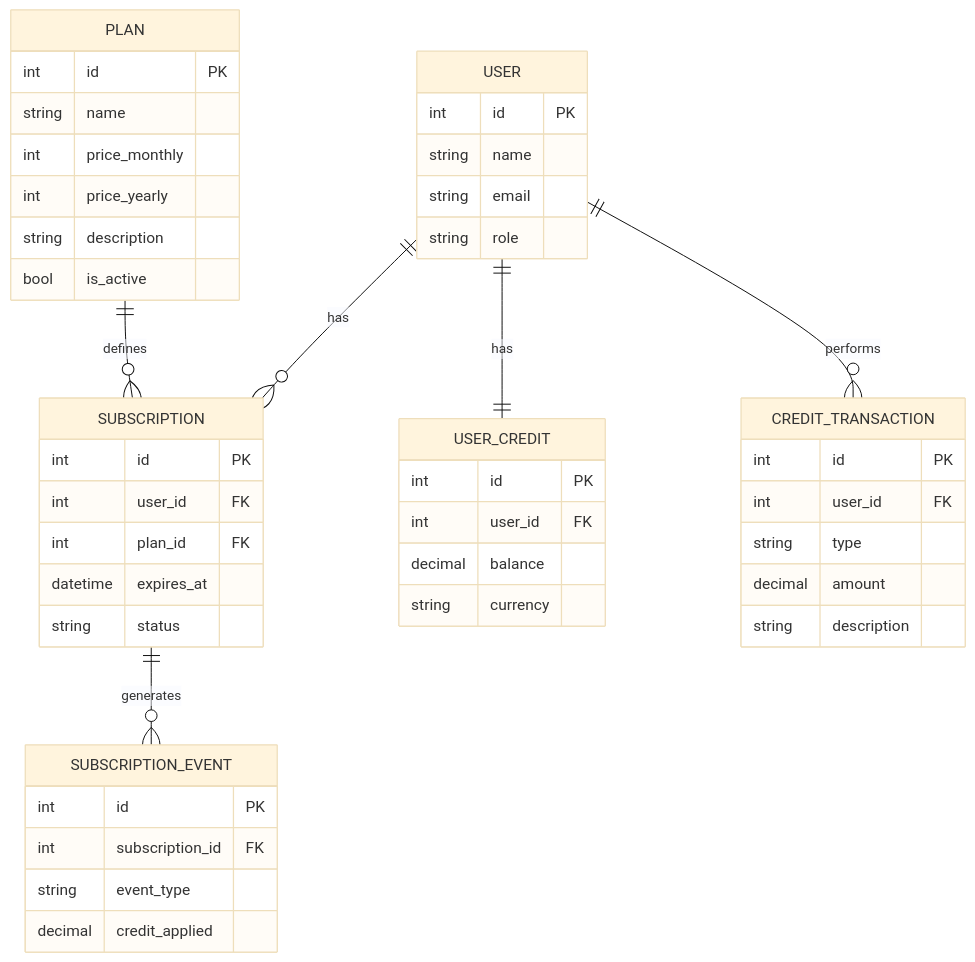
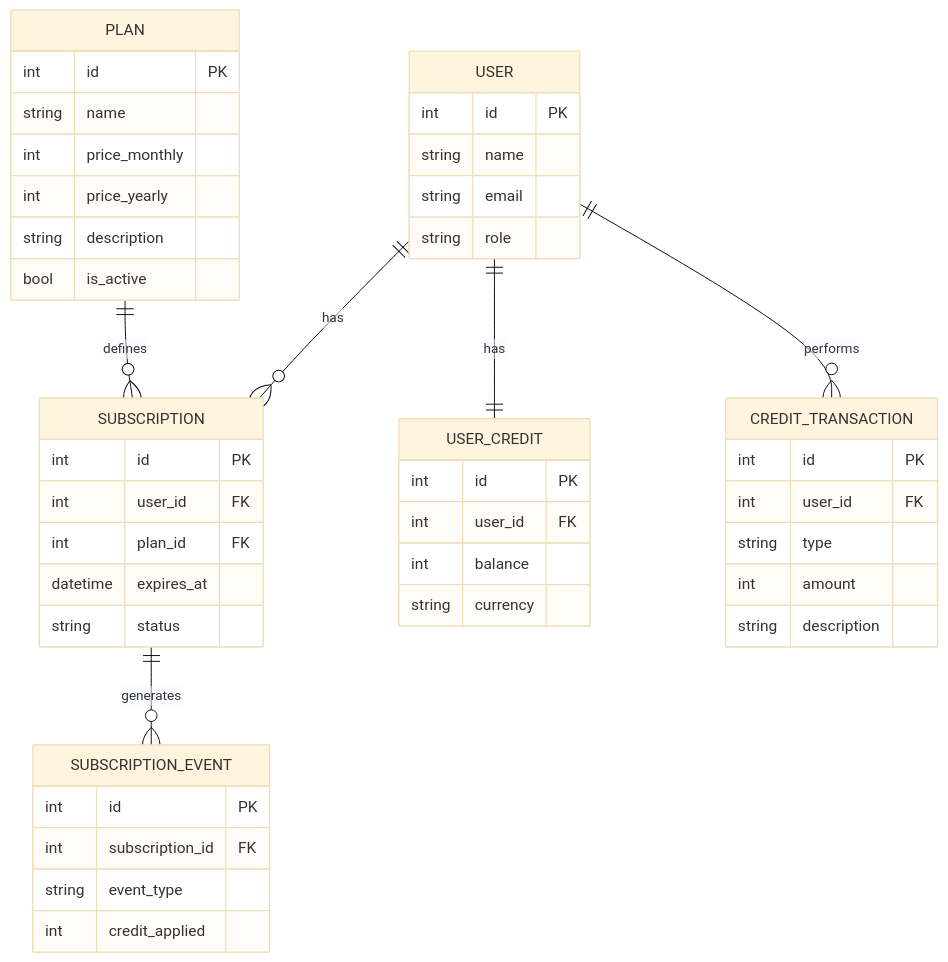
Before and after one commit to luidsonl/url-shortener-laravel-react: the diagram in docs/ideas/ERD.md, drawn with Mermaid (base theme).

Commit message:
docs: update erd cash types to int

````diff
--- a/docs/ideas/ERD.md
+++ b/docs/ideas/ERD.md
@@ -1,54 +1,54 @@
 ```mermaid
 erDiagram
     USER ||--o{ SUBSCRIPTION : has
     USER ||--|| USER_CREDIT : has
     USER ||--o{ CREDIT_TRANSACTION : performs
     PLAN ||--o{ SUBSCRIPTION : defines
     SUBSCRIPTION ||--o{ SUBSCRIPTION_EVENT : generates
     
     USER {
         int id PK
         string name
         string email
         string role
     }
     
     PLAN {
         int id PK
         string name
         int price_monthly
         int price_yearly
         string description
         bool is_active
     }
     
     SUBSCRIPTION {
         int id PK
         int user_id FK
         int plan_id FK
         datetime expires_at
         string status
     }
     
     USER_CREDIT {
         int id PK
         int user_id FK
-        decimal balance
+        int balance
         string currency
     }
     
     CREDIT_TRANSACTION {
         int id PK
         int user_id FK
         string type
-        decimal amount
+        int amount
         string description
     }
     
     SUBSCRIPTION_EVENT {
         int id PK
         int subscription_id FK
         string event_type
-        decimal credit_applied
+        int credit_applied
     }
 ```
````
